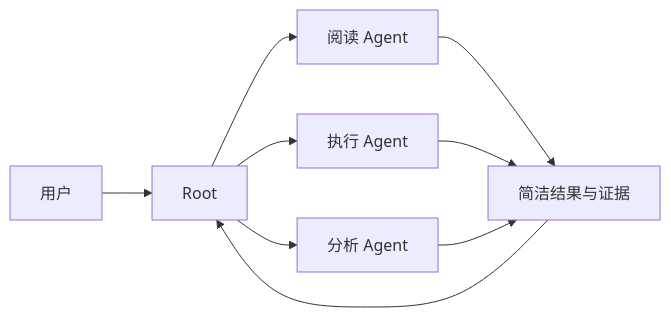
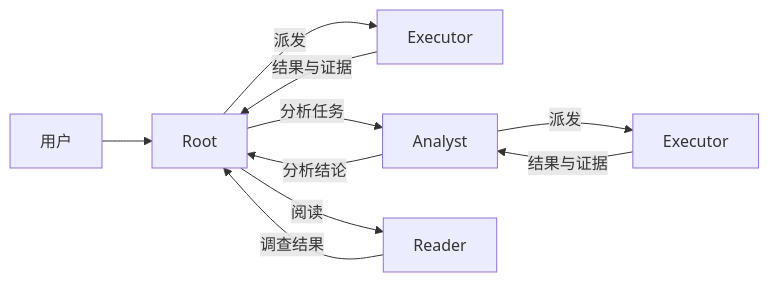
The diagram in README.zh-CN.md (klarisaka/HCCA-Official), drawn with Mermaid before and after one commit. The commit also changed other lines of this file and 11 other files, not shown here.

````diff
--- a/README.zh-CN.md
+++ b/README.zh-CN.md
@@ -11,11 +11,12 @@
 ```mermaid
 flowchart LR
     U["用户"] --> R["Root"]
-    R --> A["阅读 Agent"]
-    R --> B["执行 Agent"]
-    R --> C["分析 Agent"]
-    A --> S["简洁结果与证据"]
-    B --> S
-    C --> S
-    S --> R
+    R -->|派发| ER["Executor"]
+    ER -->|结果与证据| R
+    R -->|分析任务| A["Analyst"]
+    A -->|分析结论| R
+    A -->|派发| EA["Executor"]
+    EA -->|结果与证据| A
+    R -->|阅读| RR["Reader"]
+    RR -->|调查结果| R
 ```
````
